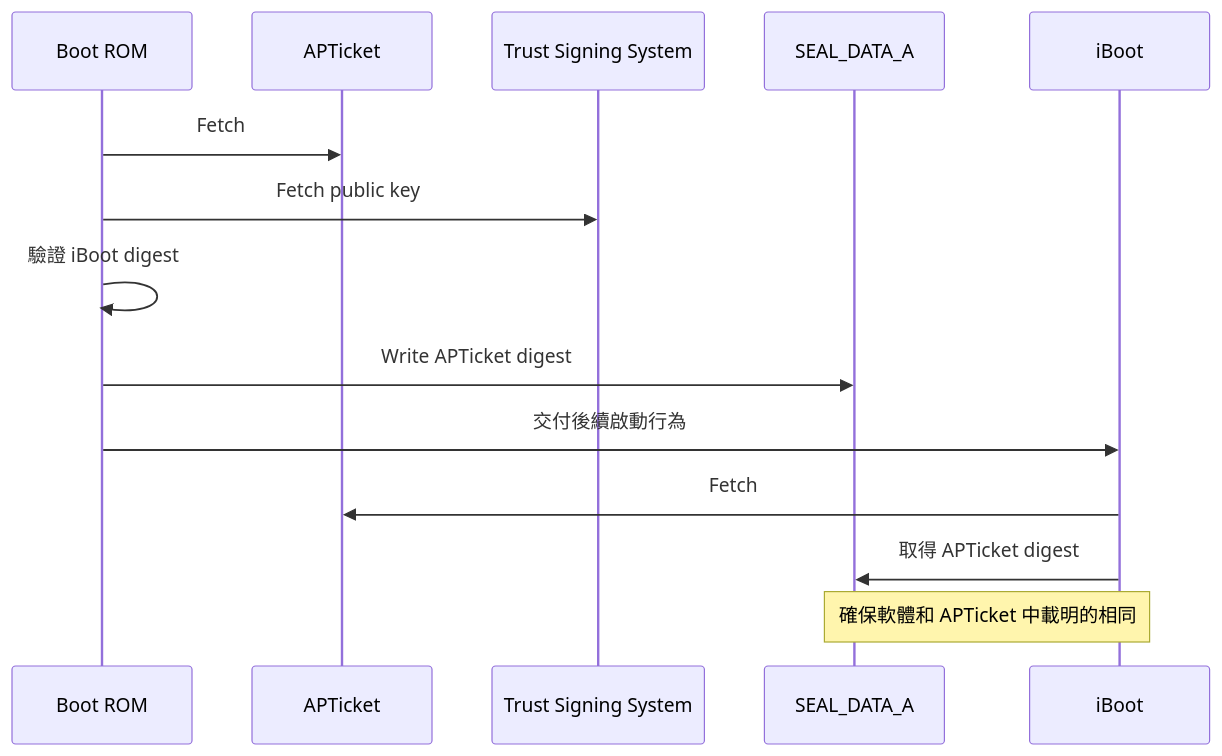
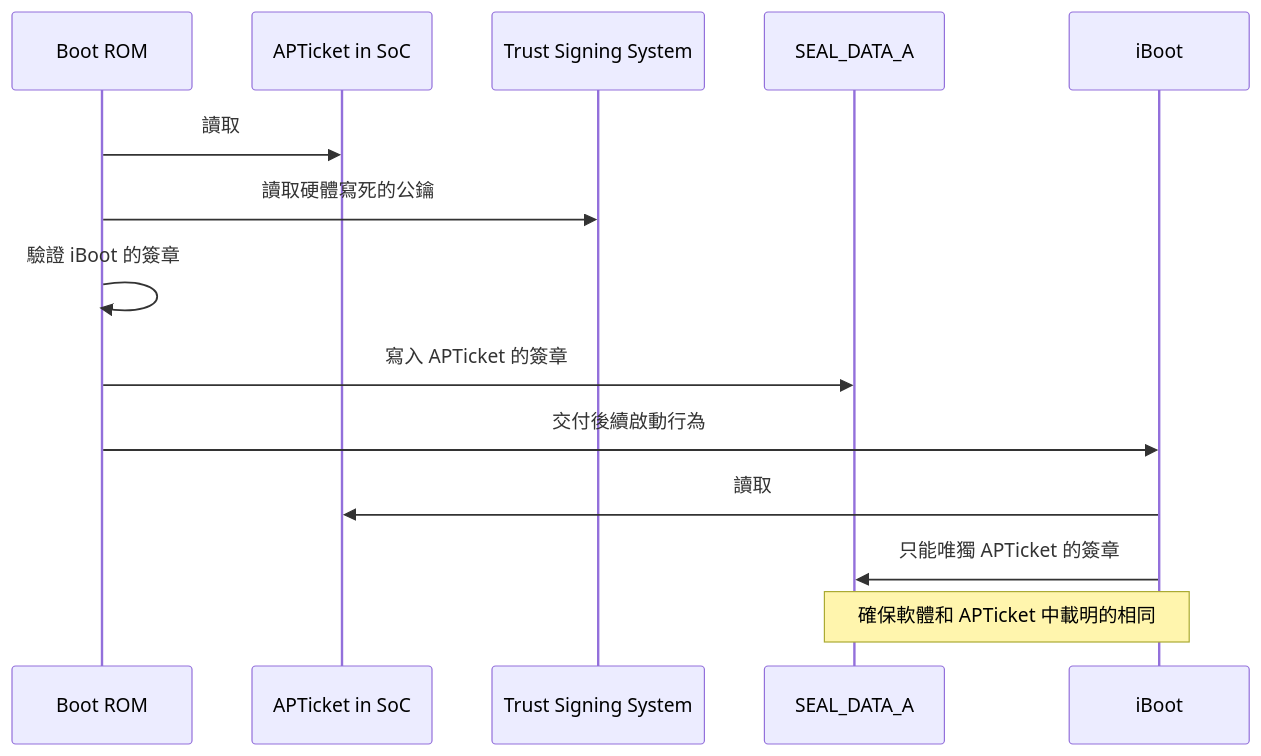
The diagram in src/feedback/apple-intelligence/ability.md (evan361425/evan361425.github.io), drawn with Mermaid before and after one commit. The commit also changed other lines of this file and 4 other files, not shown here.

````diff
--- a/src/feedback/apple-intelligence/ability.md
+++ b/src/feedback/apple-intelligence/ability.md
@@ -26,17 +102,17 @@
 ```mermaid
 sequenceDiagram
   participant rom as Boot ROM
-  participant at as APTicket
+  participant at as APTicket in SoC
   participant tss as Trust Signing System
   participant reg as SEAL_DATA_A
   participant ib as iBoot
 
-  rom ->> at: Fetch
-  rom ->> tss: Fetch public key
-  rom ->> rom: 驗證 iBoot digest
-  rom ->> reg: Write APTicket digest
+  rom ->> at: 讀取
+  rom ->> tss: 讀取硬體寫死的公鑰
+  rom ->> rom: 驗證 iBoot 的簽章
+  rom ->> reg: 寫入 APTicket 的簽章
   rom ->> ib: 交付後續啟動行為
-  ib ->> at: Fetch
-  ib ->> reg: 取得 APTicket digest
+  ib ->> at: 讀取
+  ib ->> reg: 只能唯獨 APTicket 的簽章
   Note over ib,reg: 確保軟體和 APTicket 中載明的相同
 ```
````
